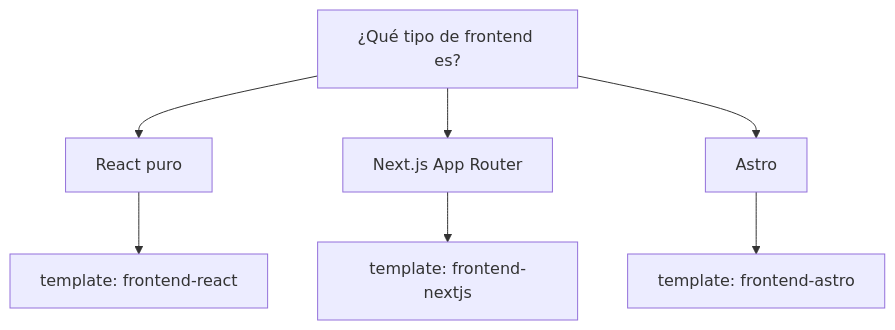
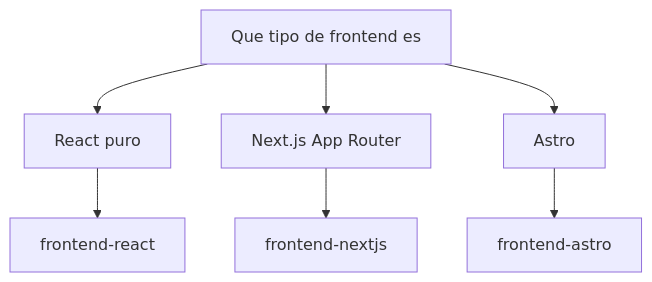
Before and after one commit to adrotech/lufy-ai: the fifth of 6 diagrams in README.md, drawn with Mermaid. The commit also changed other lines of this file, not shown here.

Commit message:
docs: fix README mermaid rendering

````diff
--- a/README.md
+++ b/README.md
@@ -246,10 +246,10 @@
 ```mermaid
 flowchart TD
-    A["¿Qué tipo de frontend es?"] --> B["React puro"]
+    A["Que tipo de frontend es"] --> B["React puro"]
     A --> C["Next.js App Router"]
     A --> D["Astro"]
 
-    B --> B1["template: frontend-react"]
-    C --> C1["template: frontend-nextjs"]
-    D --> D1["template: frontend-astro"]
+    B --> B1["frontend-react"]
+    C --> C1["frontend-nextjs"]
+    D --> D1["frontend-astro"]
 ```
````
